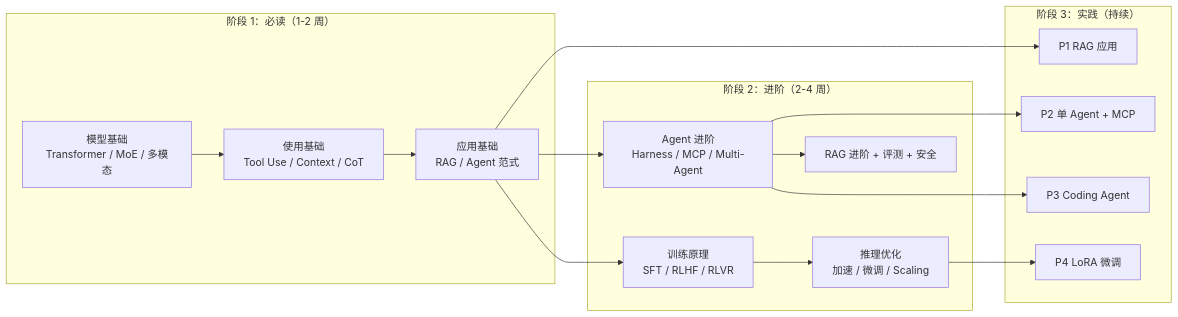
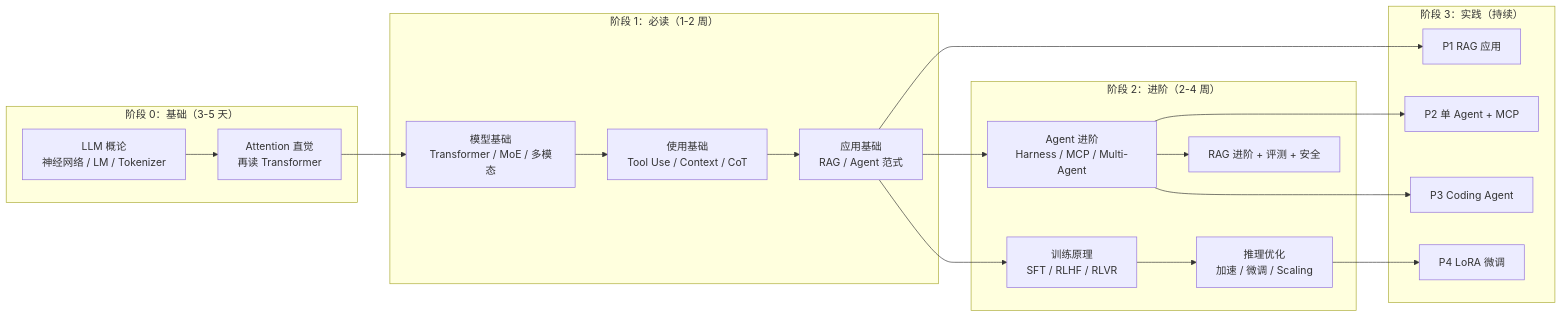
The diagram in AI/02-LEARING_PLAN/00-AI学习路线图.md (guoyang13/KnowledgeVault), drawn with Mermaid before and after one commit. The commit also changed other lines of this file and 50 other files, not shown here.

````diff
--- a/AI/02-LEARING_PLAN/00-AI学习路线图.md
+++ b/AI/02-LEARING_PLAN/00-AI学习路线图.md
@@ -14,28 +20,33 @@
 ```mermaid
 flowchart LR
+    subgraph Z["阶段 0：基础（3-5 天）"]
+        Z1[LLM 概论<br/>神经网络 / LM / Tokenizer]
+        Z2[Attention 直觉<br/>再读 Transformer]
+    end
     subgraph A["阶段 1：必读（1-2 周）"]
         A1[模型基础<br/>Transformer / MoE / 多模态]
         A2[使用基础<br/>Tool Use / Context / CoT]
         A3[应用基础<br/>RAG / Agent 范式]
     end
     subgraph B["阶段 2：进阶（2-4 周）"]
         B1[训练原理<br/>SFT / RLHF / RLVR]
         B2[推理优化<br/>加速 / 微调 / Scaling]
         B3[Agent 进阶<br/>Harness / MCP / Multi-Agent]
         B4[RAG 进阶 + 评测 + 安全]
     end
     subgraph C["阶段 3：实践（持续）"]
         C1[P1 RAG 应用]
         C2[P2 单 Agent + MCP]
         C3[P3 Coding Agent]
         C4[P4 LoRA 微调]
     end
+    Z1 --> Z2 --> A1
     A1 --> A2 --> A3 --> B1
     A3 --> B3
     B1 --> B2
     B3 --> B4
     A3 --> C1
     B3 --> C2
     B3 --> C3
     B2 --> C4
 ```
````
